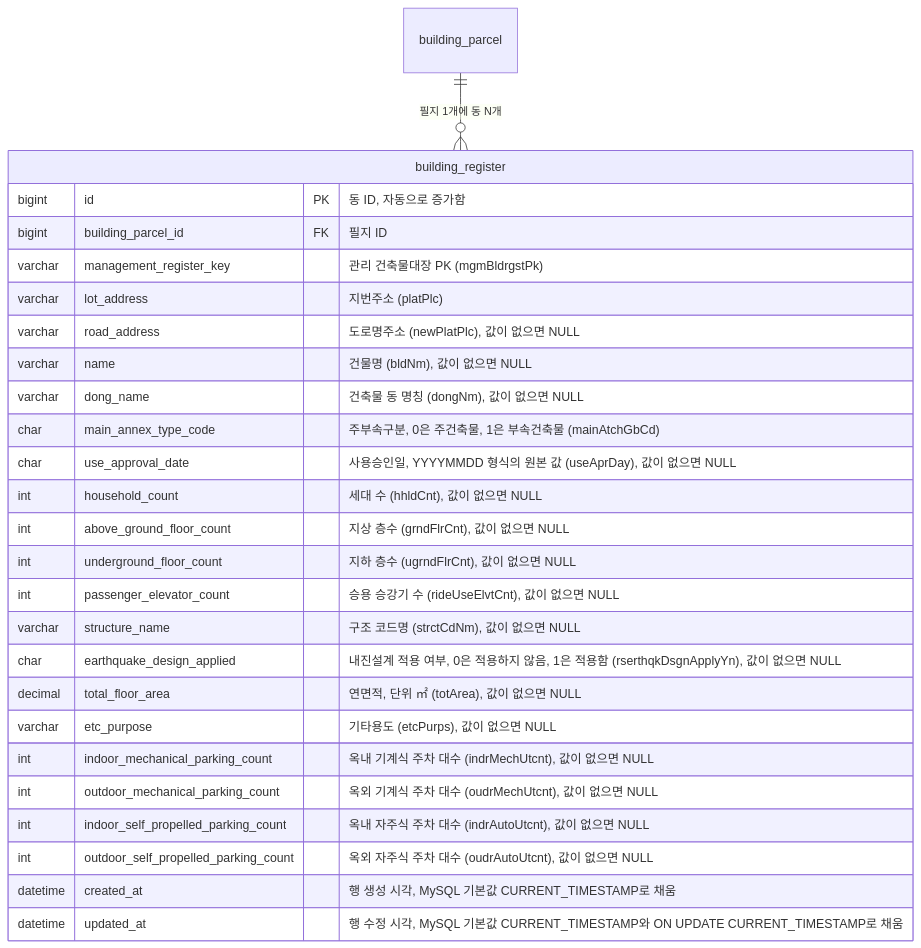
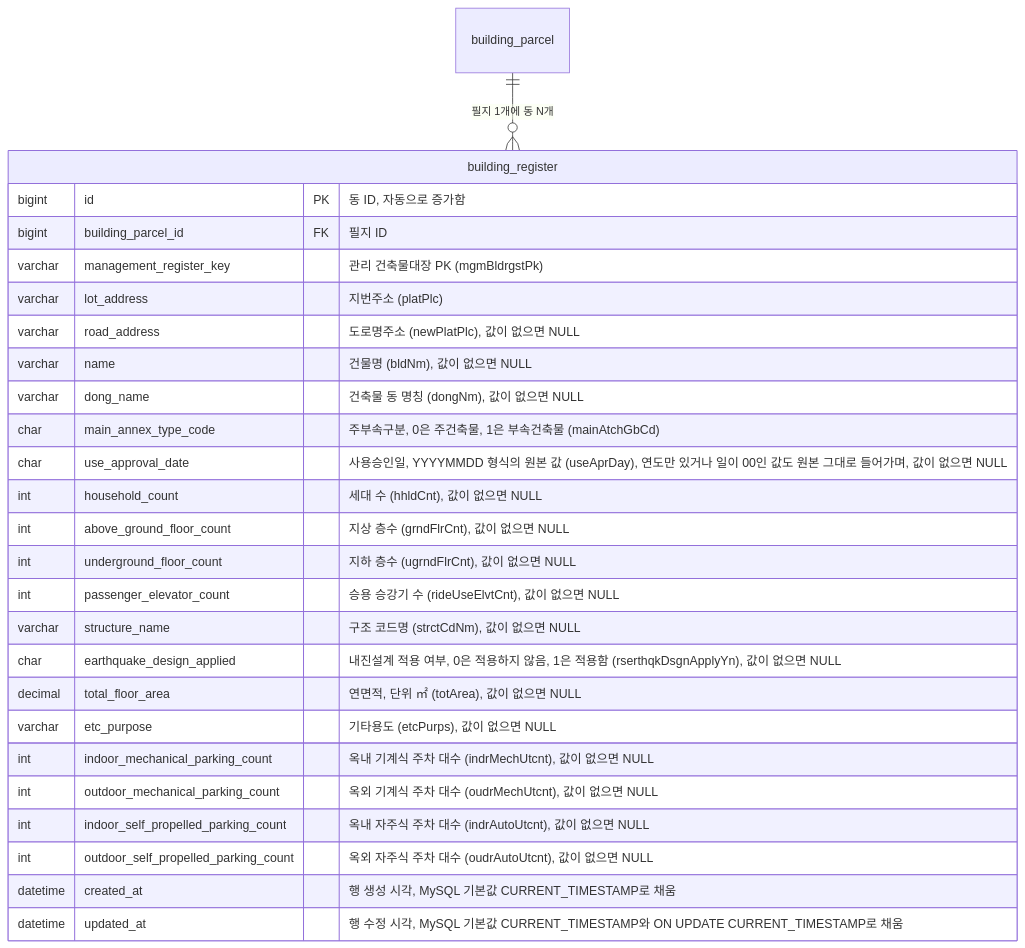
Before and after one commit to f-lab-edu/jipsee: the fifth of 12 diagrams in docs/erd.md, drawn with Mermaid. The commit also changed other lines of this file and 7 other files, not shown here.

````diff
--- a/docs/erd.md
+++ b/docs/erd.md
@@ -131,29 +127,29 @@
 ```mermaid
 erDiagram
     building_parcel ||--o{ building_register : "필지 1개에 동 N개"
     building_register {
         bigint id PK "동 ID, 자동으로 증가함"
         bigint building_parcel_id FK "필지 ID"
         varchar management_register_key "관리 건축물대장 PK (mgmBldrgstPk)"
         varchar lot_address "지번주소 (platPlc)"
         varchar road_address "도로명주소 (newPlatPlc), 값이 없으면 NULL"
         varchar name "건물명 (bldNm), 값이 없으면 NULL"
         varchar dong_name "건축물 동 명칭 (dongNm), 값이 없으면 NULL"
         char main_annex_type_code "주부속구분, 0은 주건축물, 1은 부속건축물 (mainAtchGbCd)"
-        char use_approval_date "사용승인일, YYYYMMDD 형식의 원본 값 (useAprDay), 값이 없으면 NULL"
+        char use_approval_date "사용승인일, YYYYMMDD 형식의 원본 값 (useAprDay), 연도만 있거나 일이 00인 값도 원본 그대로 들어가며, 값이 없으면 NULL"
         int household_count "세대 수 (hhldCnt), 값이 없으면 NULL"
         int above_ground_floor_count "지상 층수 (grndFlrCnt), 값이 없으면 NULL"
         int underground_floor_count "지하 층수 (ugrndFlrCnt), 값이 없으면 NULL"
         int passenger_elevator_count "승용 승강기 수 (rideUseElvtCnt), 값이 없으면 NULL"
         varchar structure_name "구조 코드명 (strctCdNm), 값이 없으면 NULL"
         char earthquake_design_applied "내진설계 적용 여부, 0은 적용하지 않음, 1은 적용함 (rserthqkDsgnApplyYn), 값이 없으면 NULL"
         decimal total_floor_area "연면적, 단위 ㎡ (totArea), 값이 없으면 NULL"
         varchar etc_purpose "기타용도 (etcPurps), 값이 없으면 NULL"
         int indoor_mechanical_parking_count "옥내 기계식 주차 대수 (indrMechUtcnt), 값이 없으면 NULL"
         int outdoor_mechanical_parking_count "옥외 기계식 주차 대수 (oudrMechUtcnt), 값이 없으면 NULL"
         int indoor_self_propelled_parking_count "옥내 자주식 주차 대수 (indrAutoUtcnt), 값이 없으면 NULL"
         int outdoor_self_propelled_parking_count "옥외 자주식 주차 대수 (oudrAutoUtcnt), 값이 없으면 NULL"
         datetime created_at "행 생성 시각, MySQL 기본값 CURRENT_TIMESTAMP로 채움"
         datetime updated_at "행 수정 시각, MySQL 기본값 CURRENT_TIMESTAMP와 ON UPDATE CURRENT_TIMESTAMP로 채움"
     }
 ```
````
